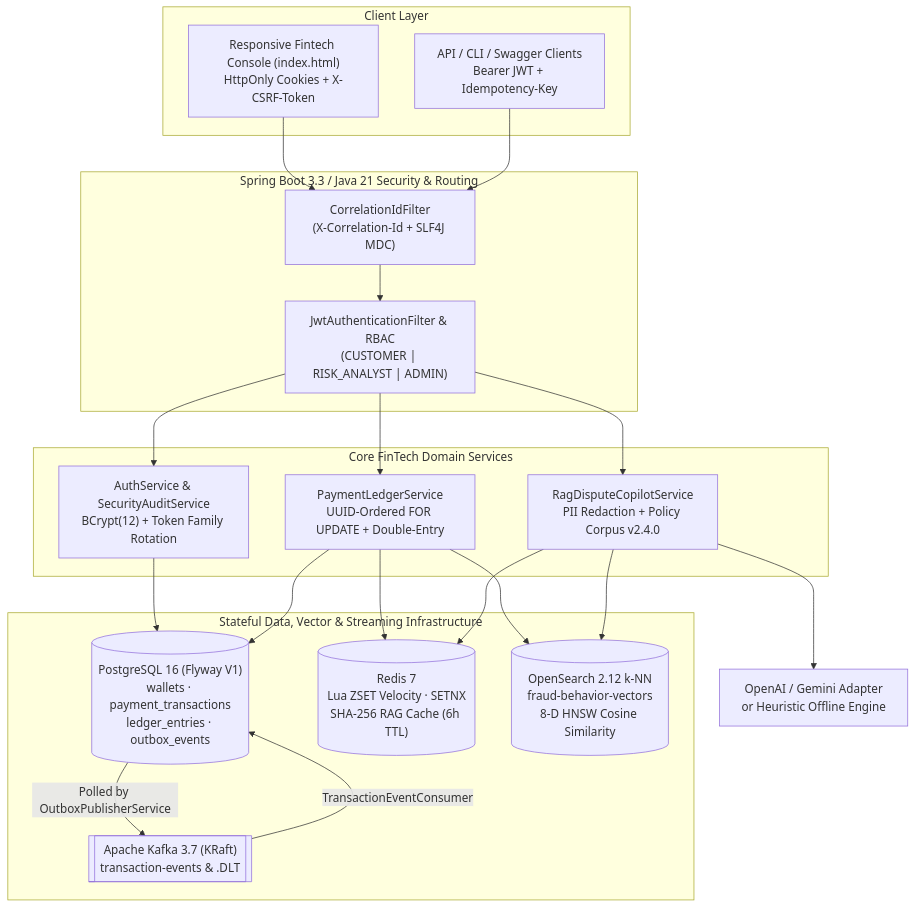
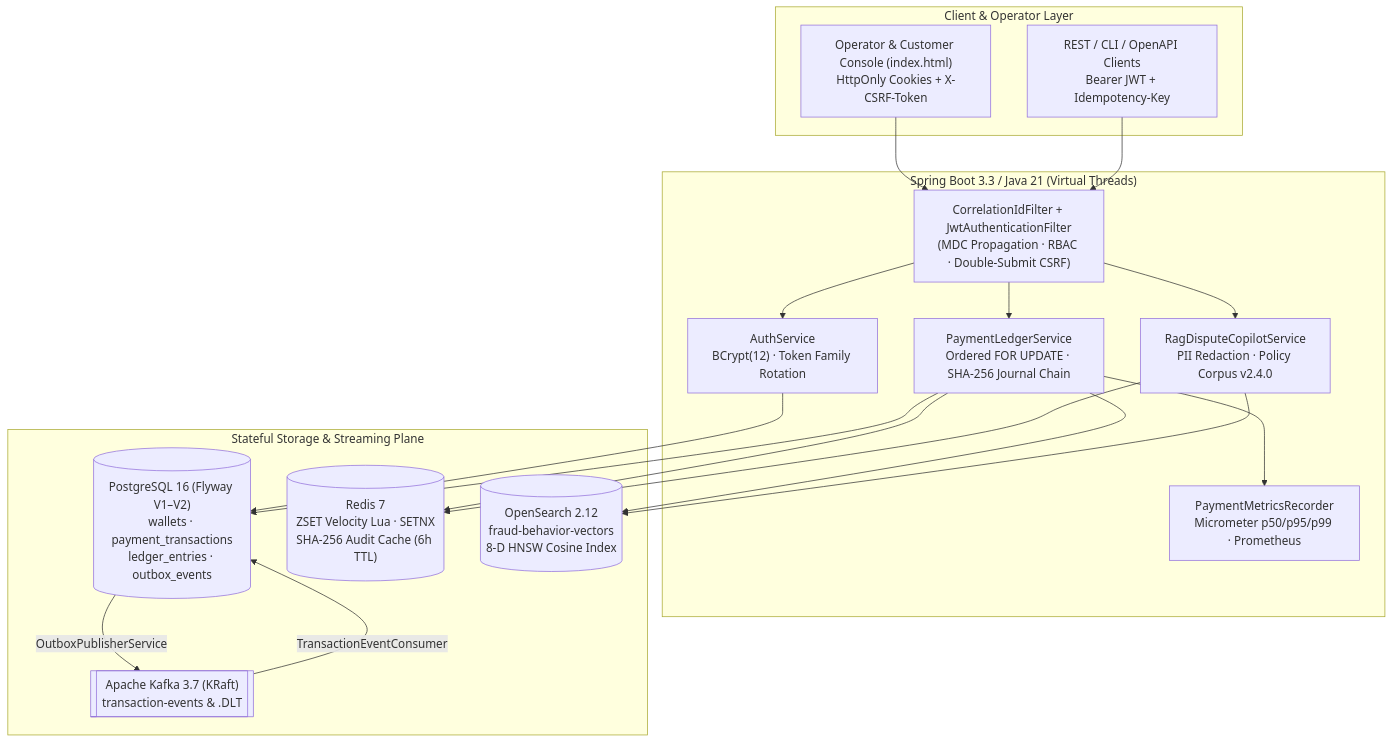
Before and after one commit to Shivampal157/PayShield-AI: the first of 3 diagrams in README.md, drawn with Mermaid. The commit also changed other lines of this file and 25 other files, not shown here.

Commit message:
feat(ledger,telemetry): add SHA-256 wallet hash chain, Micrometer percentiles, DLT replay, and institutional console

````diff
--- a/README.md
+++ b/README.md
@@ -67,44 +63,32 @@
 ```mermaid
 flowchart TD
-    subgraph Clients["Client Layer"]
-        UI["Responsive Fintech Console (index.html)<br/>HttpOnly Cookies + X-CSRF-Token"]
-        CLI["API / CLI / Swagger Clients<br/>Bearer JWT + Idempotency-Key"]
+    subgraph Clients["Client & Operator Layer"]
+        WEB["Operator & Customer Console (index.html)<br/>HttpOnly Cookies + X-CSRF-Token"]
+        API["REST / CLI / OpenAPI Clients<br/>Bearer JWT + Idempotency-Key"]
     end
 
-    subgraph Edge["Spring Boot 3.3 / Java 21 Security & Routing"]
-        CID["CorrelationIdFilter<br/>(X-Correlation-Id + SLF4J MDC)"]
-        SEC["JwtAuthenticationFilter & RBAC<br/>(CUSTOMER | RISK_ANALYST | ADMIN)"]
+    subgraph Runtime["Spring Boot 3.3 / Java 21 (Virtual Threads)"]
+        FLT["CorrelationIdFilter + JwtAuthenticationFilter<br/>(MDC Propagation · RBAC · Double-Submit CSRF)"]
+        AUTH["AuthService<br/>BCrypt(12) · Token Family Rotation"]
+        PAY["PaymentLedgerService<br/>Ordered FOR UPDATE · SHA-256 Journal Chain"]
+        COPILOT["RagDisputeCopilotService<br/>PII Redaction · Policy Corpus v2.4.0"]
+        MET["PaymentMetricsRecorder<br/>Micrometer p50/p95/p99 · Prometheus"]
     end
 
-    subgraph Core["Core FinTech Domain Services"]
-        AUTH["AuthService & SecurityAuditService<br/>BCrypt(12) + Token Family Rotation"]
-        LEDGER["PaymentLedgerService<br/>UUID-Ordered FOR UPDATE + Double-Entry"]
-        RAG["RagDisputeCopilotService<br/>PII Redaction + Policy Corpus v2.4.0"]
-    end
-
-    subgraph Infra["Stateful Data, Vector & Streaming Infrastructure"]
-        PG[("PostgreSQL 16 (Flyway V1)<br/>wallets · payment_transactions<br/>ledger_entries · outbox_events")]
-        REDIS[("Redis 7<br/>Lua ZSET Velocity · SETNX<br/>SHA-256 RAG Cache (6h TTL)")]
-        OS[("OpenSearch 2.12 k-NN<br/>fraud-behavior-vectors<br/>8-D HNSW Cosine Similarity")]
+    subgraph Storage["Stateful Storage & Streaming Plane"]
+        PG[("PostgreSQL 16 (Flyway V1–V2)<br/>wallets · payment_transactions<br/>ledger_entries · outbox_events")]
+        REDIS[("Redis 7<br/>ZSET Velocity Lua · SETNX<br/>SHA-256 Audit Cache (6h TTL)")]
+        OS[("OpenSearch 2.12<br/>fraud-behavior-vectors<br/>8-D HNSW Cosine Index")]
         KAFKA[["Apache Kafka 3.7 (KRaft)<br/>transaction-events & .DLT"]]
     end
 
-    UI --> CID
-    CLI --> CID
-    CID --> SEC
-    SEC --> AUTH
-    SEC --> LEDGER
-    SEC --> RAG
-
+    WEB --> FLT
+    API --> FLT
+    FLT --> AUTH & PAY & COPILOT
+    PAY --> MET
     AUTH --> PG
-    LEDGER --> REDIS
-    LEDGER --> OS
-    LEDGER --> PG
-
-    PG -->|"Polled by OutboxPublisherService"| KAFKA
+    PAY --> REDIS & OS & PG
+    PG -->|"OutboxPublisherService"| KAFKA
     KAFKA -->|"TransactionEventConsumer"| PG
-
-    RAG --> REDIS
-    RAG --> OS
-    RAG --> LLM["OpenAI / Gemini Adapter<br/>or Heuristic Offline Engine"]
+    COPILOT --> REDIS & OS
 ```
````
